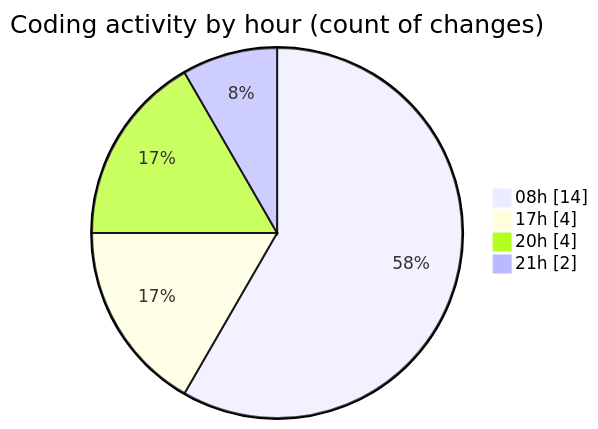
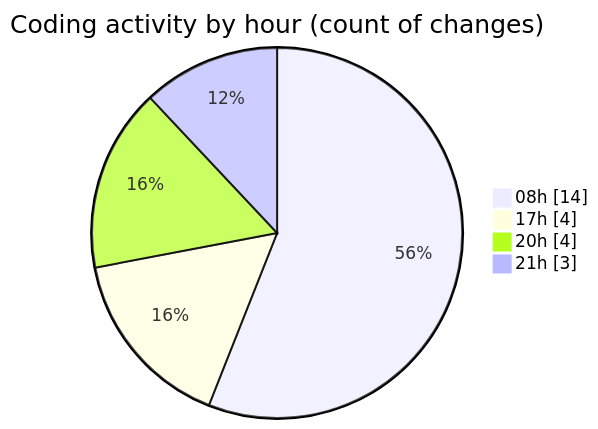
The second of 2 diagrams in 2025-01-28/mbc-web/README.md (robertbonfada/code-tracking), drawn with Mermaid before and after one commit. The commit also changed other lines of this file and 1 other file, not shown here.

````diff
--- a/2025-01-28/mbc-web/README.md
+++ b/2025-01-28/mbc-web/README.md
@@ -35,8 +36,8 @@
 ```mermaid
 pie showData
 title Coding activity by hour (count of changes)
 "08h" : 14
 "17h" : 4
 "20h" : 4
-"21h" : 2
+"21h" : 3
 ```
````
